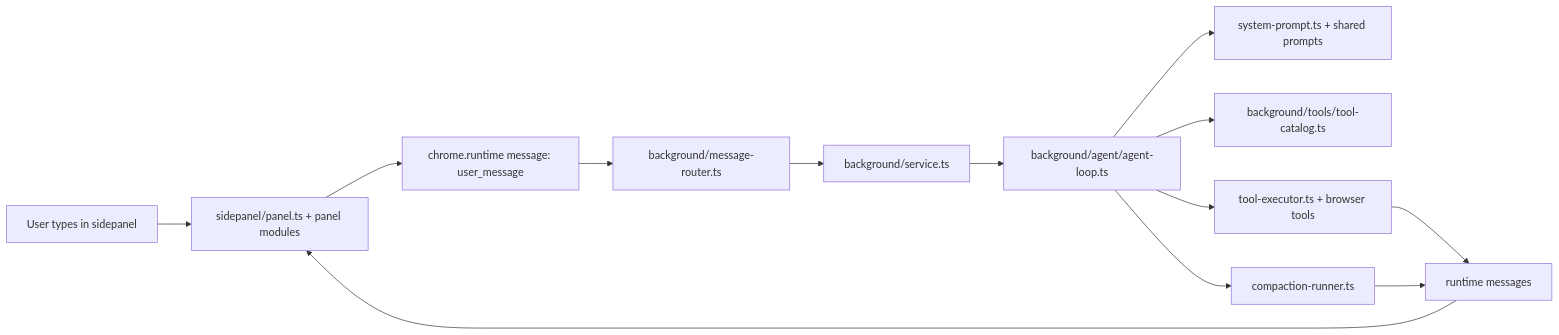
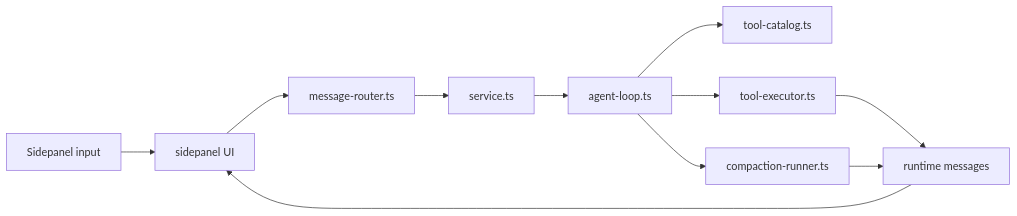
One commit to alex-heritier/parchi changed the diagram in docs/agent-pipeline.md. Above: the diagram before and after it, drawn with Mermaid. The commit also changed other lines of this file and 7 other files, not shown here.

````diff
--- a/docs/agent-pipeline.md
+++ b/docs/agent-pipeline.md
@@ -7,15 +5,13 @@
 ```mermaid
 flowchart LR
-    U["User types in sidepanel"] --> SP["sidepanel/panel.ts + panel modules"]
-    SP --> RM["chrome.runtime message: user_message"]
-    RM --> BG["background/message-router.ts"]
-    BG --> SVC["background/service.ts"]
-    SVC --> LOOP["background/agent/agent-loop.ts"]
-    LOOP --> PROMPT["system-prompt.ts + shared prompts"]
-    LOOP --> TOOLS["background/tools/tool-catalog.ts"]
-    LOOP --> EXEC["tool-executor.ts + browser tools"]
+    U["Sidepanel input"] --> SP["sidepanel UI"]
+    SP --> MR["message-router.ts"]
+    MR --> SVC["service.ts"]
+    SVC --> LOOP["agent-loop.ts"]
+    LOOP --> CAT["tool-catalog.ts"]
+    LOOP --> EXEC["tool-executor.ts"]
+    LOOP --> COMP["compaction-runner.ts"]
     EXEC --> RT["runtime messages"]
+    COMP --> RT
     RT --> SP
-    LOOP --> COMPACT["compaction-runner.ts"]
-    COMPACT --> RT
 ```
````
